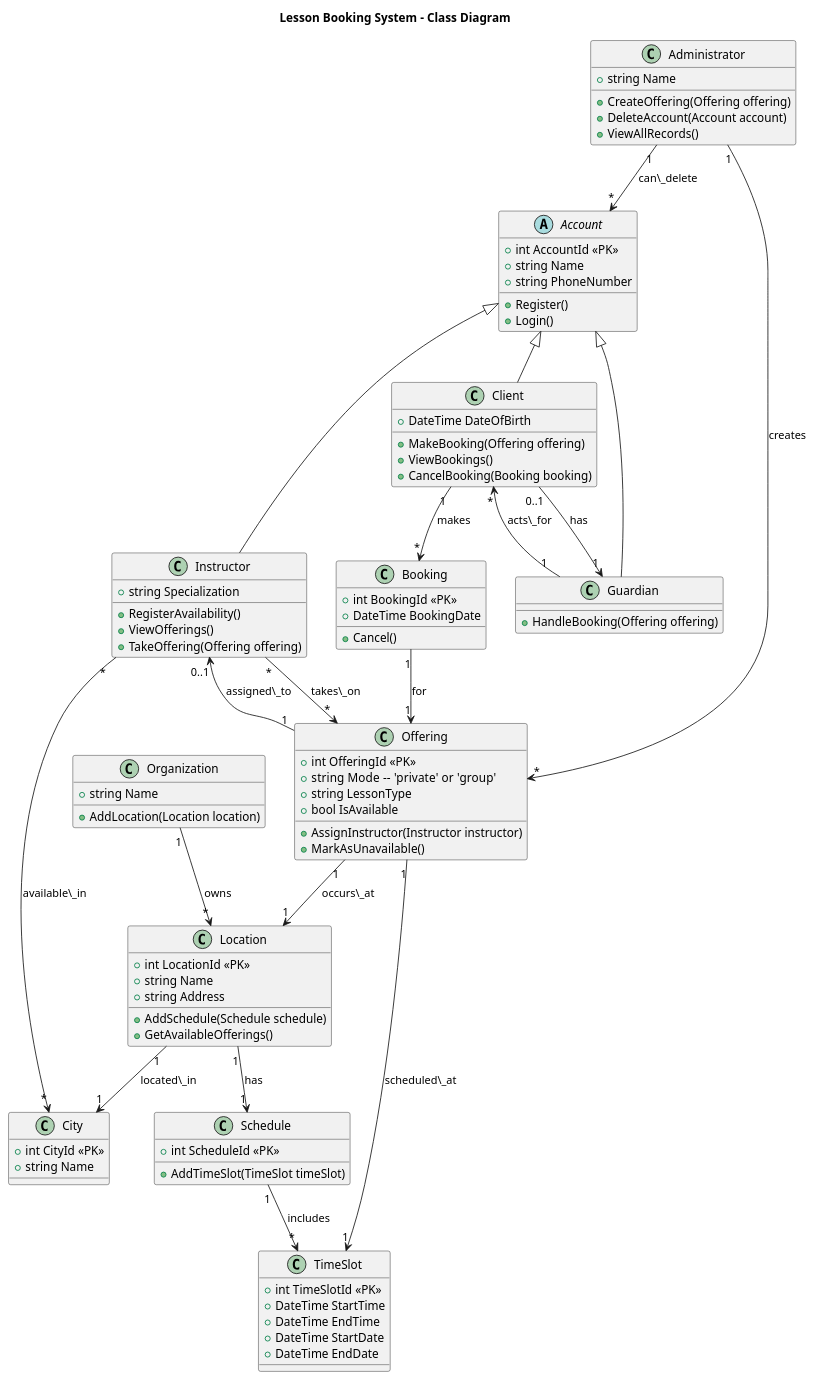
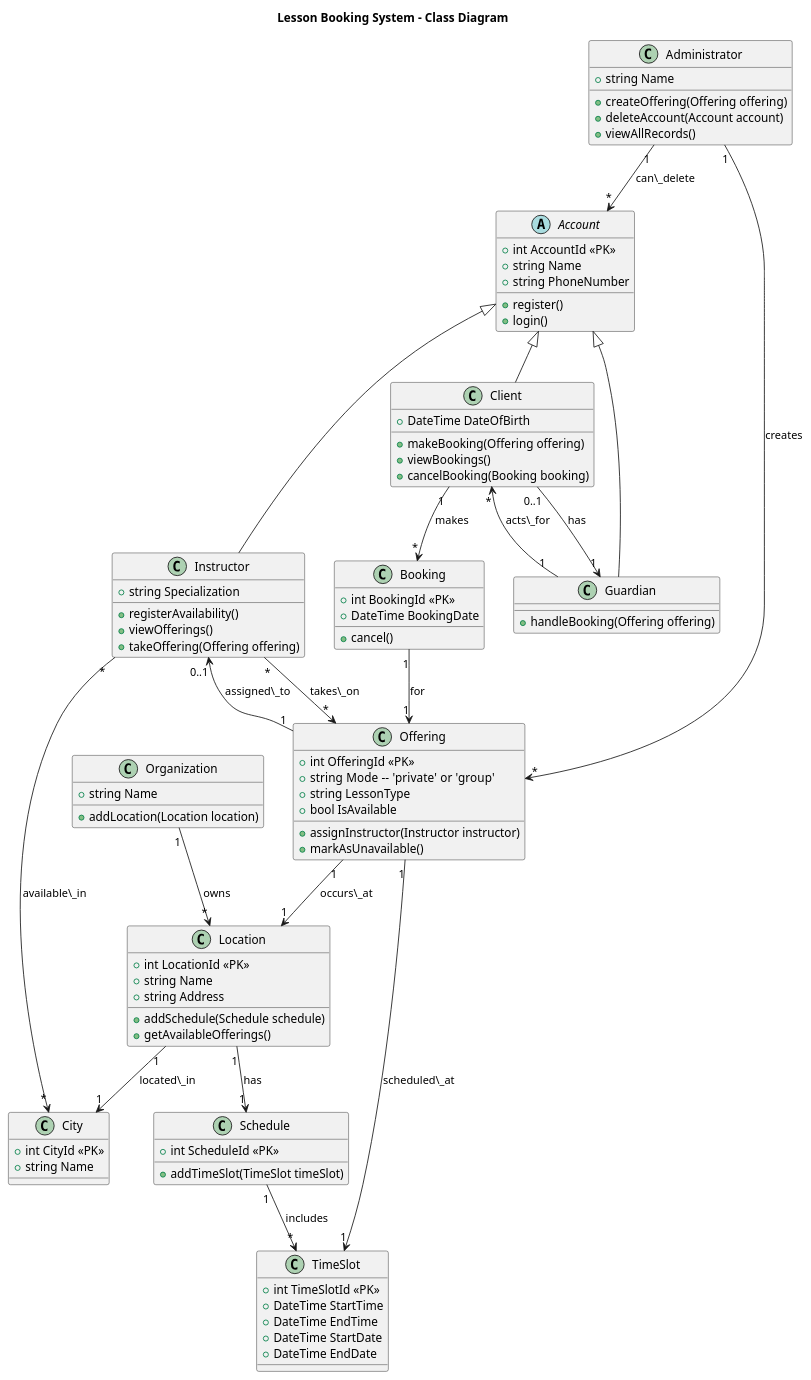
One commit to FrancoDominguez/SOEN342-project changed the diagram in documentation/ClassDiagram.puml. Above: the diagram before and after it, drawn with PlantUML. The commit also changed 1 other file, not shown here.

Commit message:
System Operations Diagram and adjustin method names
Method names started with a capital.
Fixed the error

```diff
--- a/documentation/ClassDiagram.puml
+++ b/documentation/ClassDiagram.puml
@@ -1,119 +1,119 @@
 @startuml
 
 title Lesson Booking System - Class Diagram
 
 class Organization {
   + string Name
-  + AddLocation(Location location)
+  + addLocation(Location location)
 }
 
 class City {
   + int CityId <<PK>>
   + string Name
 }
 
 class Location {
   + int LocationId <<PK>>
   + string Name
   + string Address
-  + AddSchedule(Schedule schedule)
-  + GetAvailableOfferings()
+  + addSchedule(Schedule schedule)
+  + getAvailableOfferings()
 }
 
 class Schedule {
   + int ScheduleId <<PK>>
-  + AddTimeSlot(TimeSlot timeSlot)
+  + addTimeSlot(TimeSlot timeSlot)
 }
 
 class TimeSlot {
   + int TimeSlotId <<PK>>
   + DateTime StartTime
   + DateTime EndTime
   + DateTime StartDate
   + DateTime EndDate
 }
 
 abstract class Account {
   + int AccountId <<PK>>
   + string Name
   + string PhoneNumber
-  + Register()
-  + Login()
+  + register()
+  + login()
 }
 
 class Instructor {
   + string Specialization
-  + RegisterAvailability()
-  + ViewOfferings()
-  + TakeOffering(Offering offering)
+  + registerAvailability()
+  + viewOfferings()
+  + takeOffering(Offering offering)
 }
 
 class Offering {
   + int OfferingId <<PK>>
   + string Mode  -- 'private' or 'group'
   + string LessonType
   + bool IsAvailable
-  + AssignInstructor(Instructor instructor)
-  + MarkAsUnavailable()
+  + assignInstructor(Instructor instructor)
+  + markAsUnavailable()
 }
 
 class Client {
   + DateTime DateOfBirth
-  + MakeBooking(Offering offering)
-  + ViewBookings()
-  + CancelBooking(Booking booking)
+  + makeBooking(Offering offering)
+  + viewBookings()
+  + cancelBooking(Booking booking)
 }
 
 class Guardian {
-  + HandleBooking(Offering offering)
+  + handleBooking(Offering offering)
 }
 
 class Administrator {
   + string Name
-  + CreateOffering(Offering offering)
-  + DeleteAccount(Account account)
-  + ViewAllRecords()
+  + createOffering(Offering offering)
+  + deleteAccount(Account account)
+  + viewAllRecords()
 }
 
 
 class Booking {
   + int BookingId <<PK>>
   + DateTime BookingDate
-  + Cancel()
+  + cancel()
 }
 
 Account <|-- Instructor
 Account <|-- Client
 Account <|-- Guardian
 
 Organization "1" --> "*" Location : owns
 
 Location "1" --> "1" Schedule : has
 
 Schedule "1" --> "*" TimeSlot : includes
 
 Location "1" --> "1" City : located\_in
 
 Instructor "*" --> "*" City : available\_in
 
 Instructor "*" --> "*" Offering : takes\_on
 
 Offering "1" --> "0..1" Instructor : assigned\_to
 
 Offering "1" --> "1" Location : occurs\_at
 
 Offering "1" --> "1" TimeSlot : scheduled\_at
 
 Client "1" --> "*" Booking : makes
 
 Booking "1" --> "1" Offering : for
 
 Client "0..1" --> "1" Guardian : has
 
 Guardian "1" --> "*" Client : acts\_for
 
 Administrator "1" --> "*" Offering : creates
 
 Administrator "1" --> "*" Account : can\_delete
 
 @enduml
```
